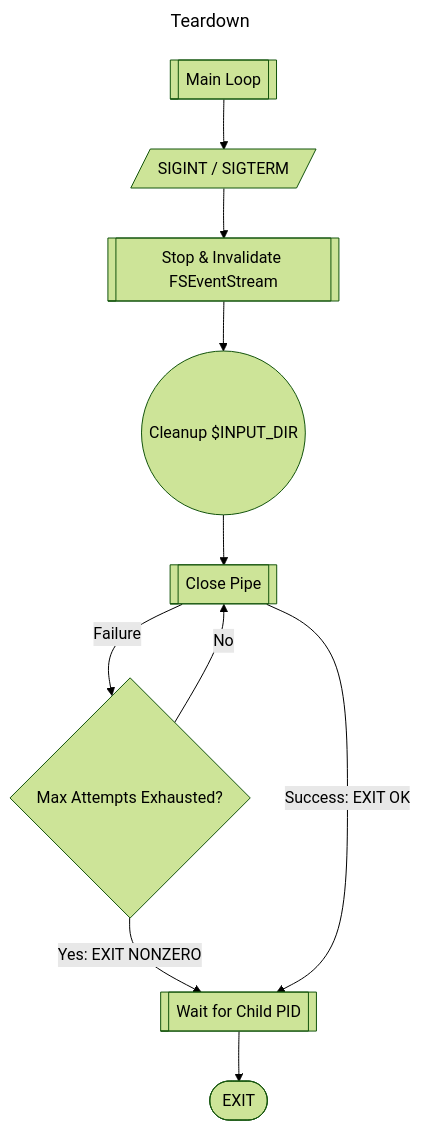
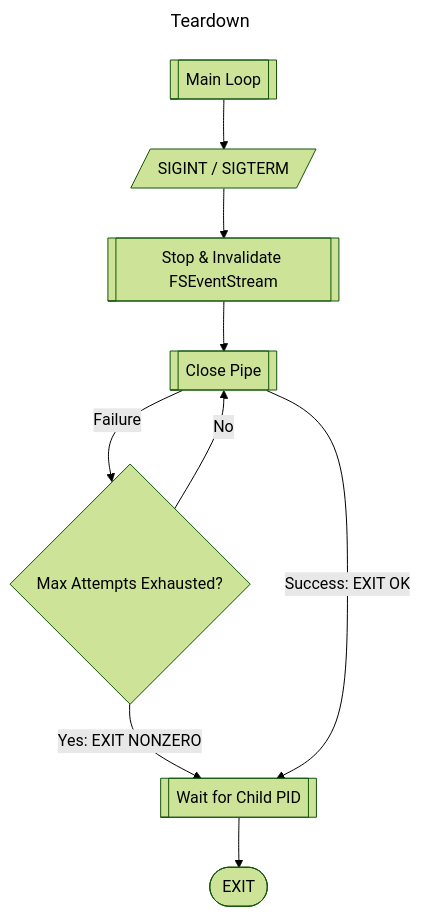
Before and after one commit to CharlesMC11/sst: the diagram in Documentation/flowchart_teardown.mmd, drawn with Mermaid (forest theme). The commit also changed 1 other file, not shown here.

Commit message:
No more clean up at teardown

```diff
--- a/Documentation/flowchart_teardown.mmd
+++ b/Documentation/flowchart_teardown.mmd
@@ -1,13 +1,12 @@
 ---
 title: Teardown
 ---
 flowchart
   Main[[Main Loop]] --> Signals[/SIGINT / SIGTERM/]
   Signals --> Stop[[Stop & Invalidate FSEventStream]]
-  Stop --> Clean((Cleanup $INPUT_DIR))
-  Clean --> Close[[Close Pipe]]
+  Stop --> Close[[Close Pipe]]
   Close --> |Failure| Closed?{Max Attempts Exhausted?}
   Closed? --> |No| Close
   Closed? --> |Yes: EXIT NONZERO| Reap[[Wait for Child PID]]
   Close --> |Success: EXIT OK| Reap
   Reap --> Exit([EXIT])
```
